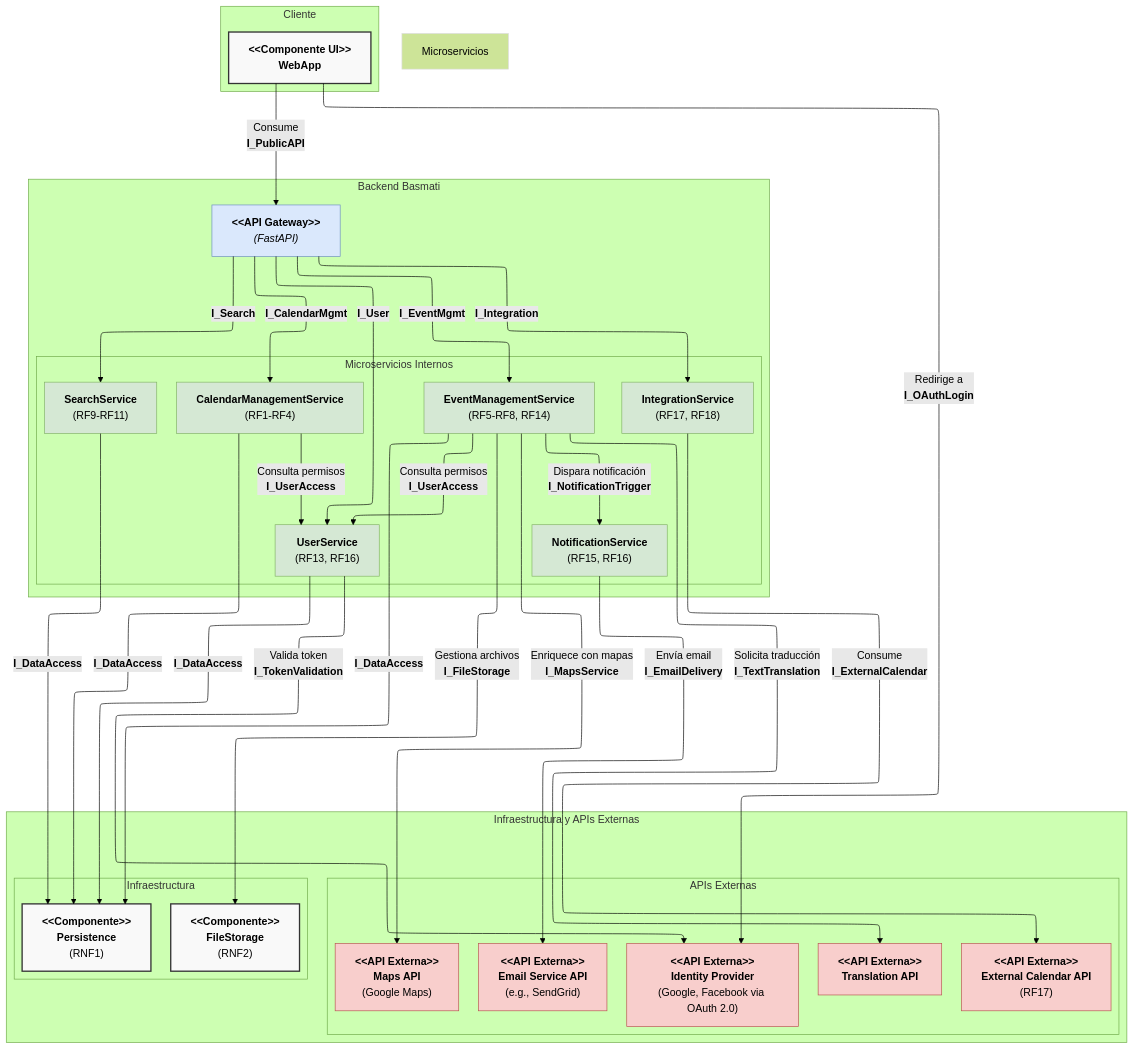
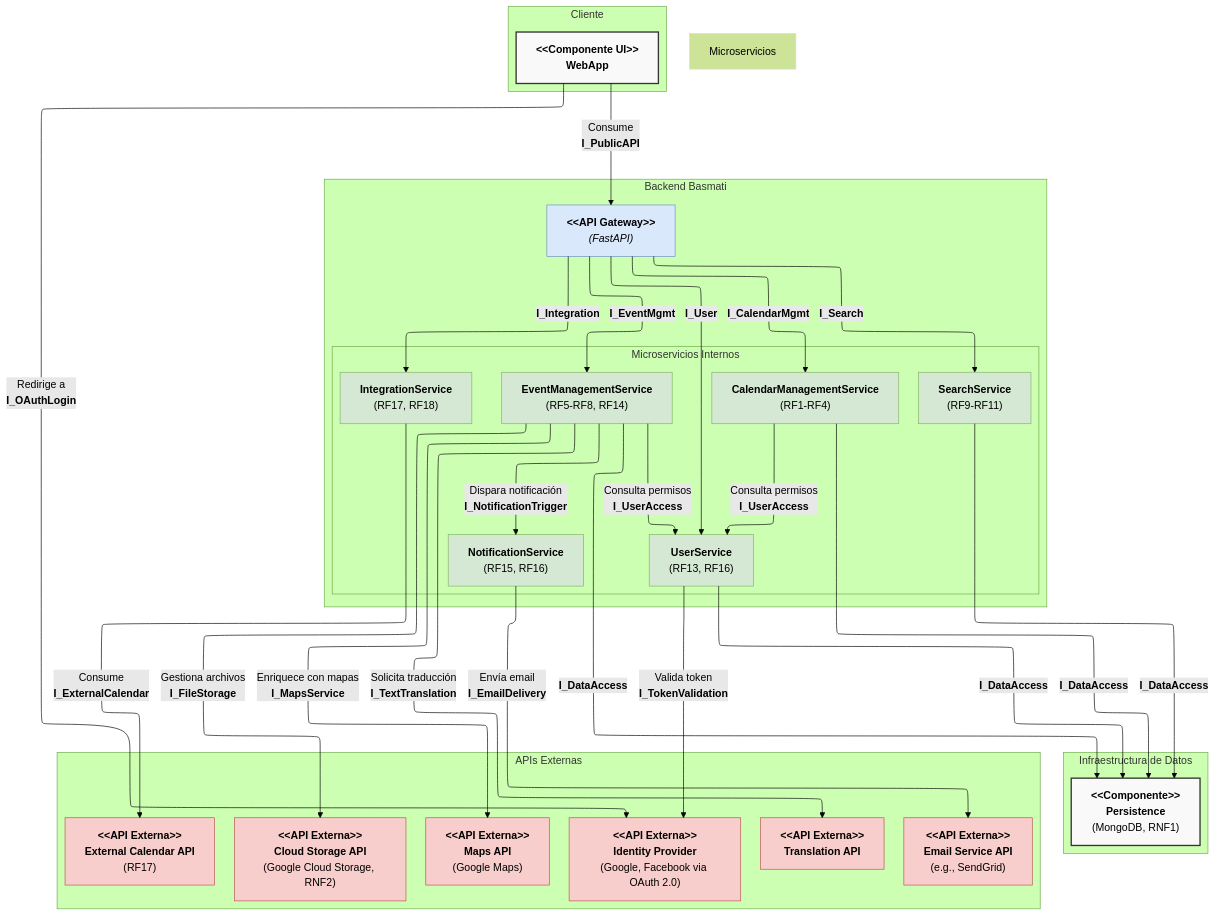
Before and after one commit to arrozet/basmati: the diagram in docs/diagrams/components/mermaid/components_diagram.mmd, drawn with Mermaid (forest theme). The commit also changed 1 other file, not shown here.

Commit message:
GCS es una api externa ahora
Google Cloud Storage era realmente una api externa, estaba puesto dentro de infraestructura de datos

```diff
--- a/docs/diagrams/components/mermaid/components_diagram.mmd
+++ b/docs/diagrams/components/mermaid/components_diagram.mmd
@@ -1,76 +1,81 @@
 ---
 config:
   layout: elk
 ---
 flowchart TD
  subgraph Cliente["Cliente"]
         WebApp["<b>&lt;&lt;Componente UI&gt;&gt;<br>WebApp</b>"]
   end
  subgraph subGraph1["Microservicios Internos"]
         CalendarMgmtService["<b>CalendarManagementService</b><br>(RF1-RF4)"]
         EventMgmtService["<b>EventManagementService</b><br>(RF5-RF8, RF14)"]
         SearchService["<b>SearchService</b><br>(RF9-RF11)"]
         UserService["<b>UserService</b><br>(RF13, RF16)"]
         NotificationService["<b>NotificationService</b><br>(RF15, RF16)"]
         IntegrationService["<b>IntegrationService</b><br>(RF17, RF18)"]
   end
  subgraph subGraph2["Backend Basmati"]
         APIGateway["<b>&lt;&lt;API Gateway&gt;&gt;</b><br><i>(FastAPI)</i>"]
         subGraph1
   end
- subgraph Infraestructura["Infraestructura"]
-        Persistence["<b>&lt;&lt;Componente&gt;&gt;<br>Persistence</b><br>(RNF1)"]
-        FileStorage["<b>&lt;&lt;Componente&gt;&gt;<br>FileStorage</b><br>(RNF2)"]
+ subgraph Infraestructura["Infraestructura de Datos"]
+        Persistence["<b>&lt;&lt;Componente&gt;&gt;<br>Persistence</b><br>(MongoDB, RNF1)"]
   end
  subgraph subGraph4["APIs Externas"]
+        CloudStorageAPI["<b>&lt;&lt;API Externa&gt;&gt;<br>Cloud Storage API</b><br>(Google Cloud Storage, RNF2)"]
         IdentityProvider["<b>&lt;&lt;API Externa&gt;&gt;<br>Identity Provider</b><br>(Google, Facebook via OAuth 2.0)"]
         TranslateAPI["<b>&lt;&lt;API Externa&gt;&gt;<br>Translation API</b>"]
         ExternalCalendarAPI["<b>&lt;&lt;API Externa&gt;&gt;<br>External Calendar API</b><br>(RF17)"]
         EmailAPI["<b>&lt;&lt;API Externa&gt;&gt;<br>Email Service API</b><br>(e.g., SendGrid)"]
         MapsAPI["<b>&lt;&lt;API Externa&gt;&gt;<br>Maps API</b><br>(Google Maps)"]
   end
- subgraph subGraph5["Infraestructura y APIs Externas"]
-        Infraestructura
-        subGraph4
-  end
+
+    %% Flujo Principal y Conexiones
     WebApp -- Consume<br><b>I_PublicAPI</b> --> APIGateway
+
+    %% API Gateway a Microservicios
     APIGateway -- <b>I_CalendarMgmt</b> --> CalendarMgmtService
     APIGateway -- <b>I_EventMgmt</b> --> EventMgmtService
     APIGateway -- <b>I_Search</b> --> SearchService
     APIGateway -- <b>I_User</b> --> UserService
     APIGateway -- <b>I_Integration</b> --> IntegrationService
+
+    %% Colaboración entre Microservicios
     EventMgmtService -- Dispara notificación<br><b>I_NotificationTrigger</b> --> NotificationService
     CalendarMgmtService -- Consulta permisos<br><b>I_UserAccess</b> --> UserService
     EventMgmtService -- Consulta permisos<br><b>I_UserAccess</b> --> UserService
+
+    %% Microservicios a Infraestructura y APIs Externas
     CalendarMgmtService -- <b>I_DataAccess</b> --> Persistence
     EventMgmtService -- <b>I_DataAccess</b> --> Persistence
     SearchService -- <b>I_DataAccess</b> --> Persistence
     UserService -- <b>I_DataAccess</b> --> Persistence
-    EventMgmtService -- Gestiona archivos<br><b>I_FileStorage</b> --> FileStorage
+    EventMgmtService -- Gestiona archivos<br><b>I_FileStorage</b> --> CloudStorageAPI
     NotificationService -- Envía email<br><b>I_EmailDelivery</b> --> EmailAPI
     IntegrationService -- Consume<br><b>I_ExternalCalendar</b> --> ExternalCalendarAPI
     EventMgmtService -- Solicita traducción<br><b>I_TextTranslation</b> --> TranslateAPI
     EventMgmtService -- Enriquece con mapas<br><b>I_MapsService</b> --> MapsAPI
     UserService -- Valida token<br><b>I_TokenValidation</b> --> IdentityProvider
     WebApp -- Redirige a<br><b>I_OAuthLogin</b> --> IdentityProvider
-    Microservicios["Microservicios"]
+
+    %% Definiciones de Estilo
      WebApp:::component
      APIGateway:::apigateway
      CalendarMgmtService:::microservice
      EventMgmtService:::microservice
      SearchService:::microservice
      UserService:::microservice
      NotificationService:::microservice
      IntegrationService:::microservice
      Persistence:::component
-     FileStorage:::component
+     CloudStorageAPI:::externalapi
      IdentityProvider:::externalapi
      TranslateAPI:::externalapi
      ExternalCalendarAPI:::externalapi
      EmailAPI:::externalapi
      MapsAPI:::externalapi
     classDef microservice fill:#D5E8D4,stroke:#82B366
     classDef apigateway fill:#DAE8FC,stroke:#6C8EBF
     classDef externalapi fill:#F8CECC,stroke:#B85450
     classDef component fill:#f9f9f9,stroke:#333,stroke-width:2px
     style Microservicios Internos fill:#fff,stroke:#ddd
```
